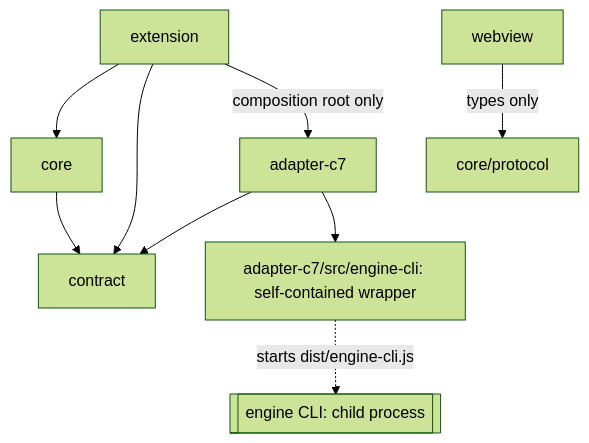
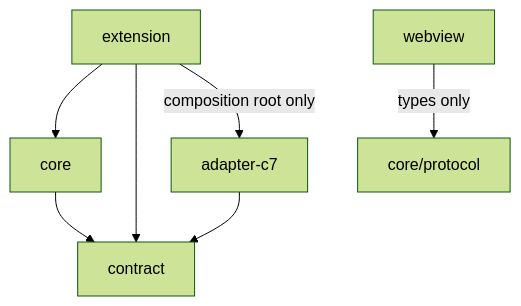
One commit to Miragon/pulse changed the third of 7 diagrams in apps/vscode/docs/architecture-overview.md. Above: the diagram before and after it, drawn with Mermaid (forest theme). The commit also changed other lines of this file and 268 other files, not shown here.

````diff
--- a/apps/vscode/docs/architecture-overview.md
+++ b/apps/vscode/docs/architecture-overview.md
@@ -130,11 +127,9 @@
 ```mermaid
 flowchart TB
   extension --> core
   extension --> contract
   extension -- composition root only --> adapterC7[adapter-c7]
   core --> contract
   webview -- types only --> protocol[core/protocol]
   adapterC7 --> contract
-  adapterC7 --> engineCli[adapter-c7/src/engine-cli: self-contained wrapper]
-  engineCli -. "starts dist/engine-cli.js" .-> cli[[engine CLI: child process]]
 ```
````
